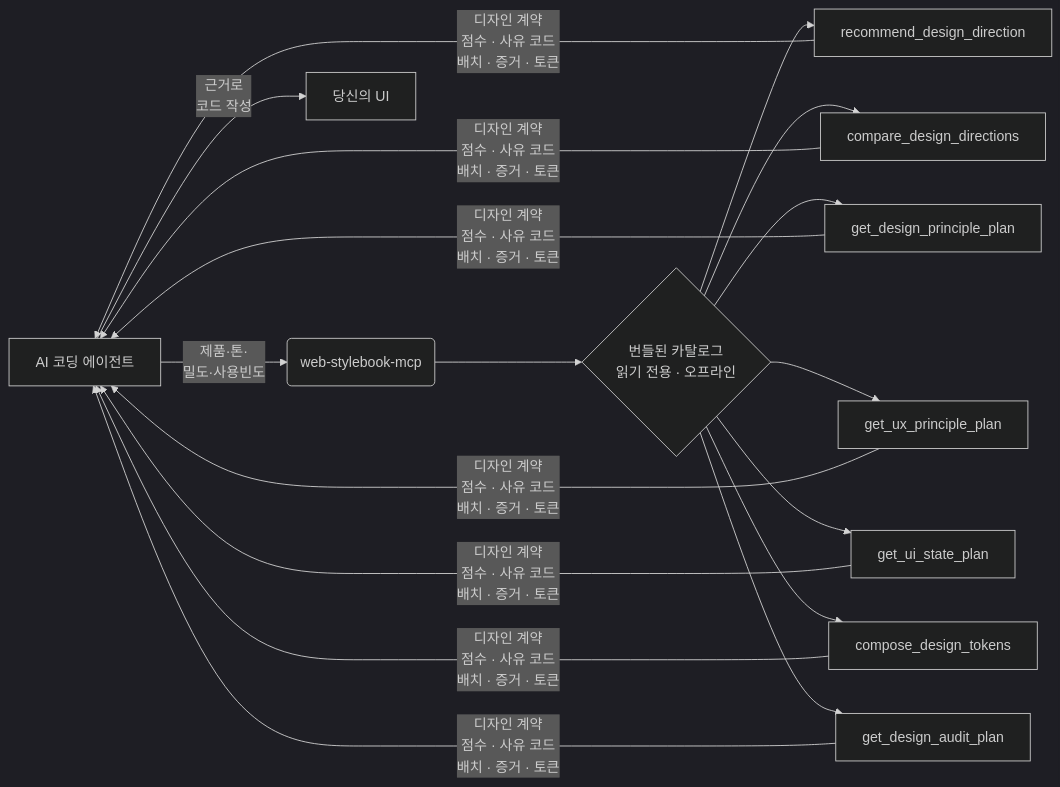
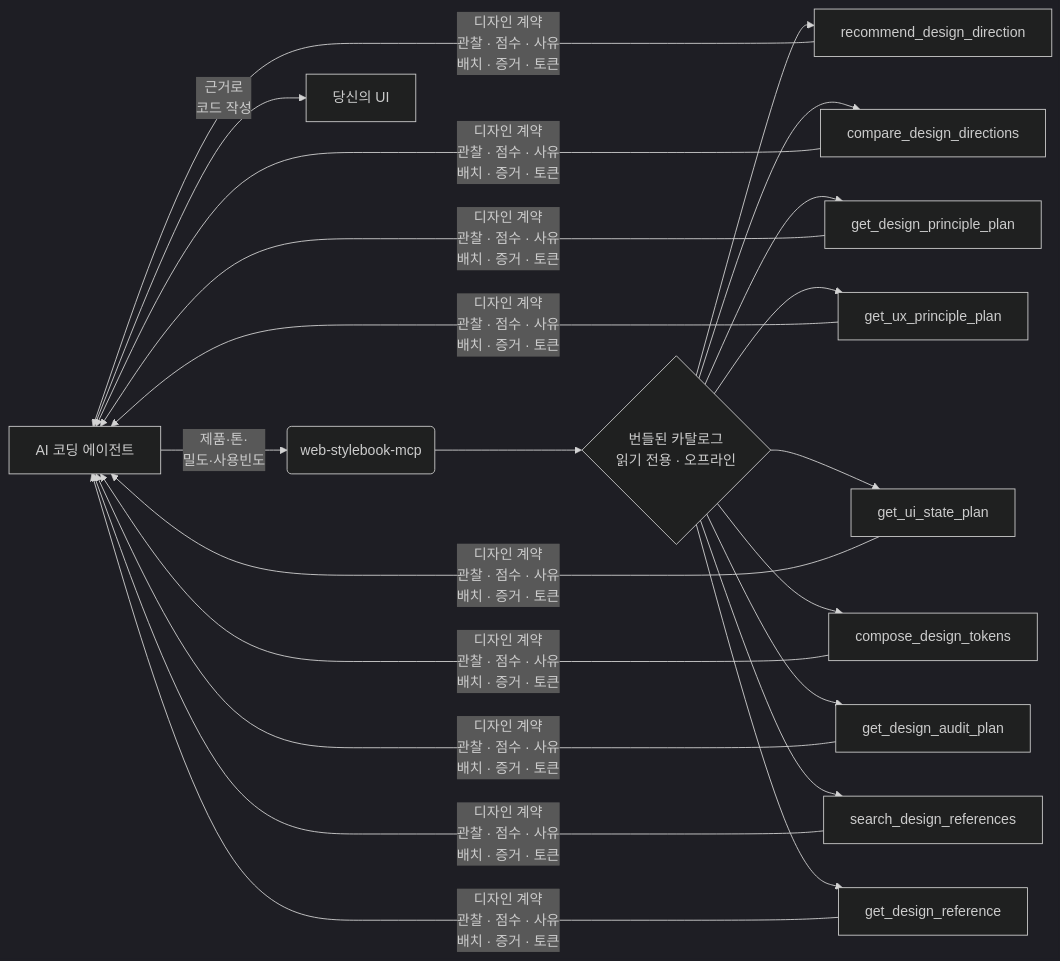
One commit to seungdori/web-stylebook-mcp changed the diagram in README.ko.md. Above: the diagram before and after it, drawn with Mermaid (dark theme). The commit also changed other lines of this file and 22 other files, not shown here.

Commit message:
feat: add real-world design references

````diff
--- a/README.ko.md
+++ b/README.ko.md
@@ -111,14 +111,16 @@
 ```mermaid
 flowchart LR
     A[AI 코딩 에이전트] -->|제품·톤·<br/>밀도·사용빈도| B(web-stylebook-mcp)
     B --> C{번들된 카탈로그<br/>읽기 전용 · 오프라인}
     C --> D[recommend_design_direction]
     C --> E[compare_design_directions]
     C --> F[get_design_principle_plan]
     C --> G[get_ux_principle_plan]
     C --> H[get_ui_state_plan]
     C --> I[compose_design_tokens]
     C --> J[get_design_audit_plan]
-    D & E & F & G & H & I & J -->|디자인 계약<br/>점수 · 사유 코드<br/>배치 · 증거 · 토큰| A
+    C --> K[search_design_references]
+    C --> L[get_design_reference]
+    D & E & F & G & H & I & J & K & L -->|디자인 계약<br/>관찰 · 점수 · 사유<br/>배치 · 증거 · 토큰| A
     A -->|근거로<br/>코드 작성| Z[당신의 UI]
 ```
````
